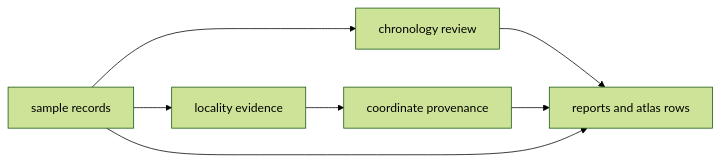
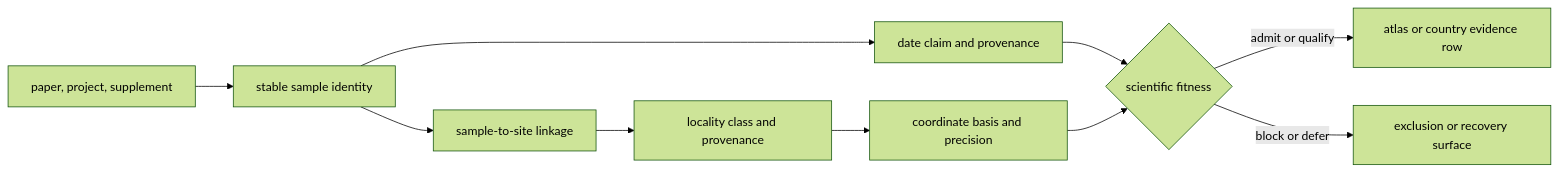
The diagram in docs/public/pollenomics-data/evidence/index.md (bijux/bijux-pollenomics), drawn with Mermaid (forest theme) before and after one commit. The commit also changed other lines of this file and 1 other file, not shown here.

Commit message:
docs(evidence): define sample lineage and qualification

````diff
--- a/docs/public/pollenomics-data/evidence/index.md
+++ b/docs/public/pollenomics-data/evidence/index.md
@@ -29,15 +38,12 @@
 ```mermaid
 flowchart LR
-    samples["sample records"]
-    localities["locality evidence"]
-    chronology["chronology review"]
-    coordinates["coordinate provenance"]
-    outputs["reports and atlas rows"]
-
-    samples --> localities
-    samples --> chronology
-    localities --> coordinates
-    chronology --> outputs
-    coordinates --> outputs
-    samples --> outputs
+    Source["paper, project, supplement"] --> Sample["stable sample identity"]
+    Sample --> Site["sample-to-site linkage"]
+    Site --> Locality["locality class and provenance"]
+    Sample --> Chronology["date claim and provenance"]
+    Locality --> Coordinates["coordinate basis and precision"]
+    Chronology --> Fitness{"scientific fitness"}
+    Coordinates --> Fitness
+    Fitness -->|admit or qualify| Point["atlas or country evidence row"]
+    Fitness -->|block or defer| Ledger["exclusion or recovery surface"]
 ```
````
